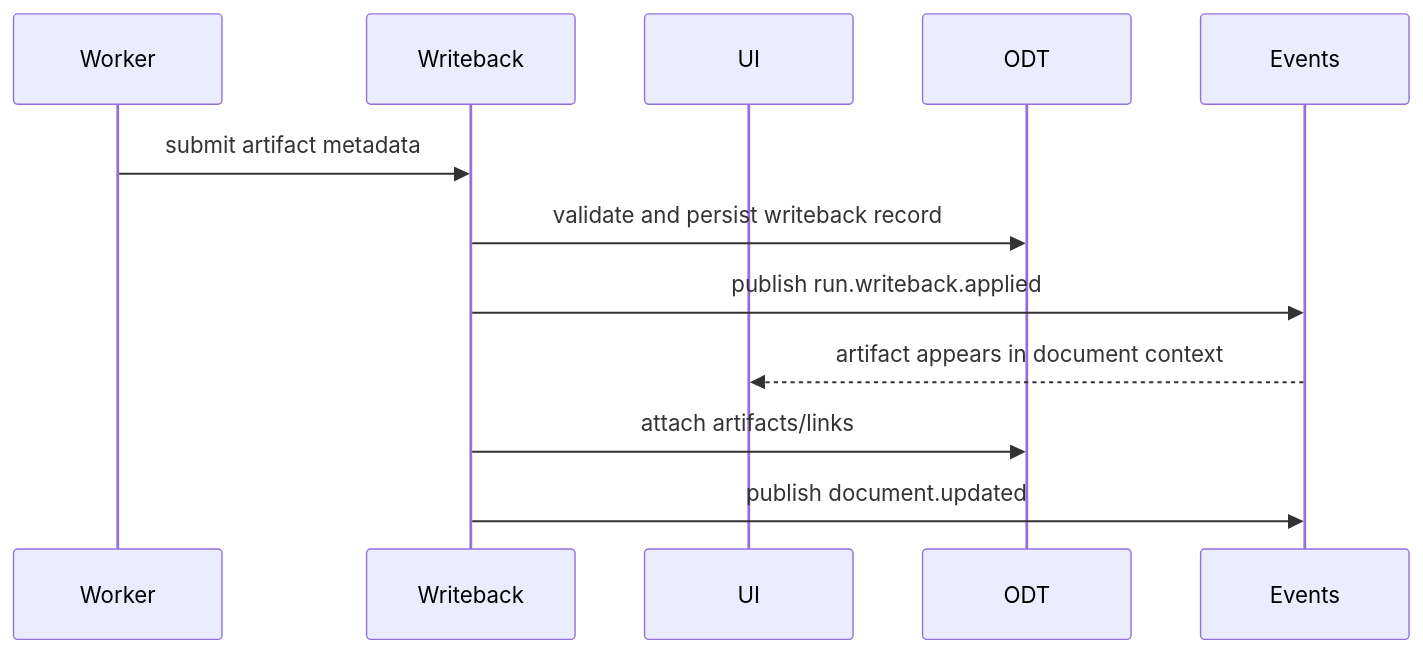
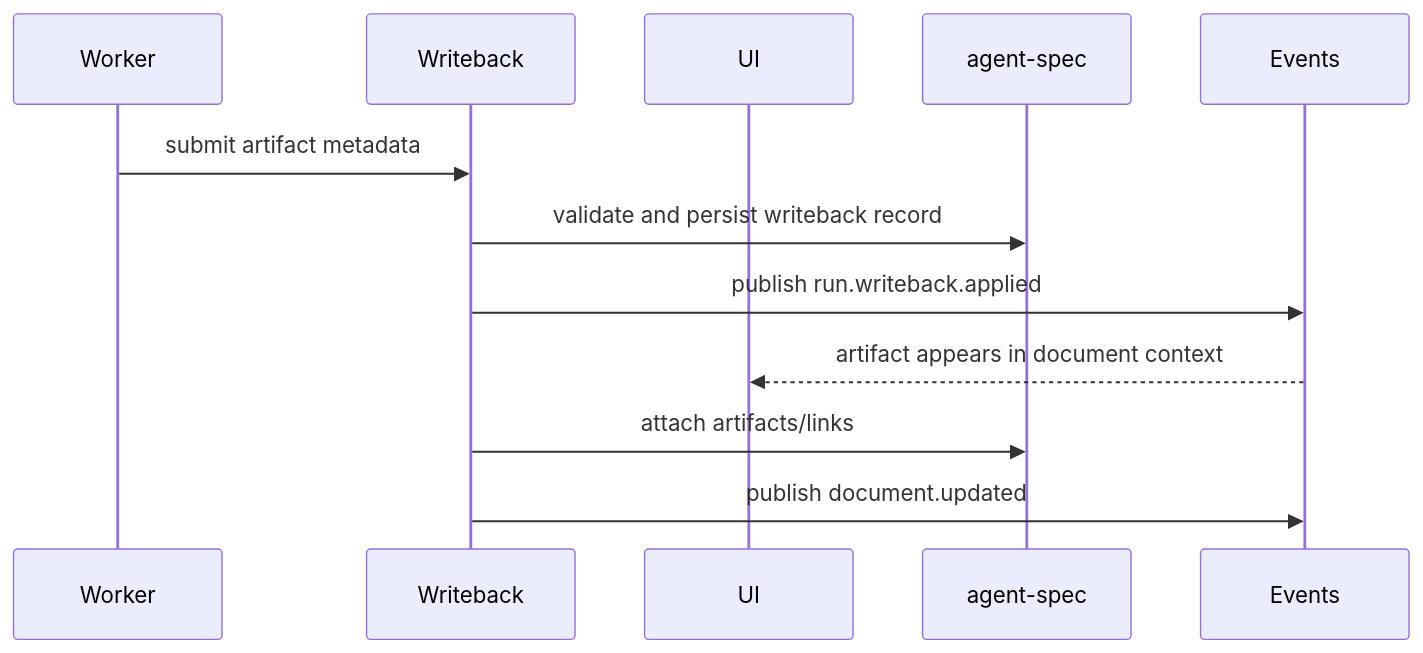
One commit to ankdesh/spec2gds changed the fourth of 4 diagrams in docs/agent_spec_architecture.md. Above: the diagram before and after it, drawn with Mermaid. The commit also changed other lines of this file and 100 other files, not shown here.

Commit message:
Refactor: Focus on agent-spec

````diff
--- a/docs/agent_spec_architecture.md
+++ b/docs/agent_spec_architecture.md
@@ -269,15 +265,15 @@
 ```mermaid
 sequenceDiagram
   participant Worker
   participant Writeback
   participant UI
-  participant ODT
+  participant agent-spec
   participant Events
 
   Worker->>Writeback: submit artifact metadata
-  Writeback->>ODT: validate and persist writeback record
+  Writeback->>agent-spec: validate and persist writeback record
   Writeback->>Events: publish run.writeback.applied
   Events-->>UI: artifact appears in document context
-  Writeback->>ODT: attach artifacts/links
+  Writeback->>agent-spec: attach artifacts/links
   Writeback->>Events: publish document.updated
 ```
````
